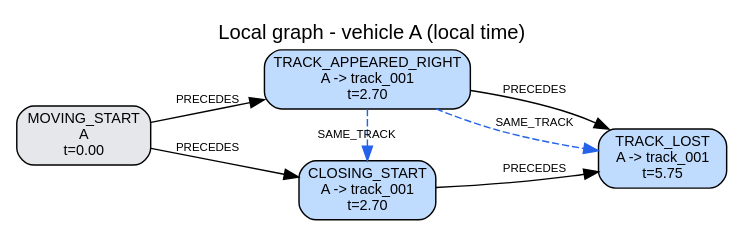
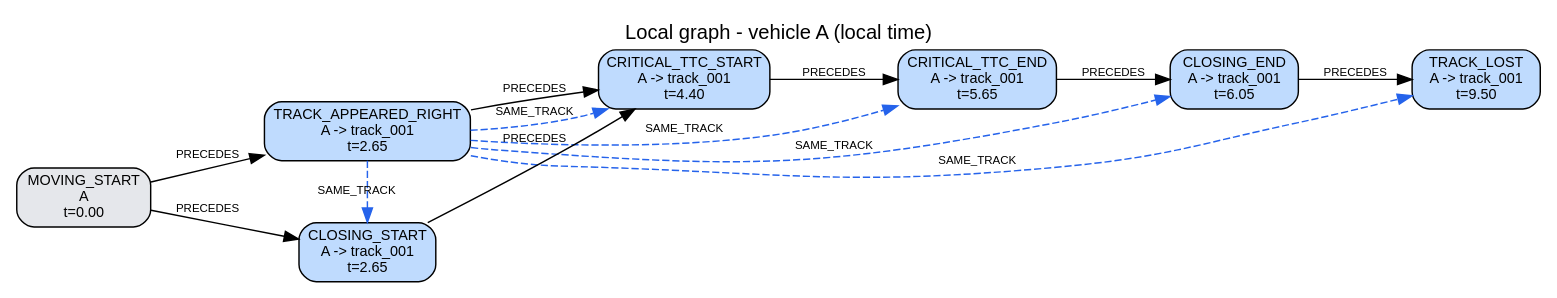
Before and after one commit to AndreaBedei1/causaldrive-forensics: the diagram in traces/S11/run_0_stops_safely/reconstruction/A/local_graph.dot, drawn with Graphviz. The commit also changed 1505 other files, not shown here.

```diff
--- a/traces/S11/run_0_stops_safely/reconstruction/A/local_graph.dot
+++ b/traces/S11/run_0_stops_safely/reconstruction/A/local_graph.dot
@@ -1,16 +1,25 @@
 digraph "local_A" {
   graph [rankdir=LR, labelloc=t, fontname=Helvetica, label="Local graph - vehicle A (local time)"];
   node [shape=box, style="rounded,filled", fontname=Helvetica, fontsize=10];
   edge [fontname=Helvetica, fontsize=8];
   "A:e01" [label="MOVING_START\nA\nt=0.00", fillcolor="#e5e7eb"];
-  "A:e02" [label="TRACK_APPEARED_RIGHT\nA -> track_001\nt=2.70", fillcolor="#bfdbfe"];
-  "A:e03" [label="CLOSING_START\nA -> track_001\nt=2.70", fillcolor="#bfdbfe"];
-  "A:e04" [label="TRACK_LOST\nA -> track_001\nt=5.75", fillcolor="#bfdbfe"];
+  "A:e02" [label="TRACK_APPEARED_RIGHT\nA -> track_001\nt=2.65", fillcolor="#bfdbfe"];
+  "A:e03" [label="CLOSING_START\nA -> track_001\nt=2.65", fillcolor="#bfdbfe"];
+  "A:e04" [label="CRITICAL_TTC_START\nA -> track_001\nt=4.40", fillcolor="#bfdbfe"];
+  "A:e05" [label="CRITICAL_TTC_END\nA -> track_001\nt=5.65", fillcolor="#bfdbfe"];
+  "A:e06" [label="CLOSING_END\nA -> track_001\nt=6.05", fillcolor="#bfdbfe"];
+  "A:e07" [label="TRACK_LOST\nA -> track_001\nt=9.50", fillcolor="#bfdbfe"];
   {rank=same; "A:e02"; "A:e03";}
   "A:e01" -> "A:e02" [label="PRECEDES"];
   "A:e01" -> "A:e03" [label="PRECEDES"];
   "A:e02" -> "A:e04" [label="PRECEDES"];
   "A:e03" -> "A:e04" [label="PRECEDES"];
+  "A:e04" -> "A:e05" [label="PRECEDES"];
+  "A:e05" -> "A:e06" [label="PRECEDES"];
+  "A:e06" -> "A:e07" [label="PRECEDES"];
   "A:e02" -> "A:e03" [label="SAME_TRACK", style=dashed, color="#2563eb", constraint=false];
   "A:e02" -> "A:e04" [label="SAME_TRACK", style=dashed, color="#2563eb", constraint=false];
+  "A:e02" -> "A:e05" [label="SAME_TRACK", style=dashed, color="#2563eb", constraint=false];
+  "A:e02" -> "A:e06" [label="SAME_TRACK", style=dashed, color="#2563eb", constraint=false];
+  "A:e02" -> "A:e07" [label="SAME_TRACK", style=dashed, color="#2563eb", constraint=false];
 }
```
